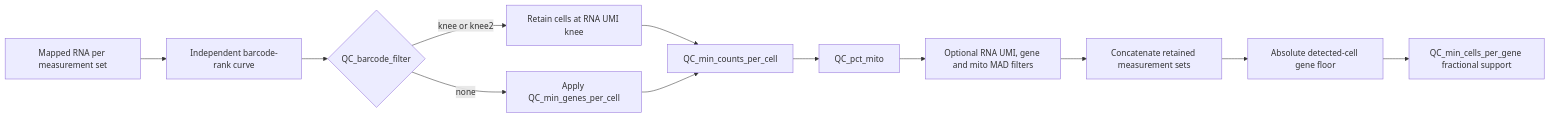
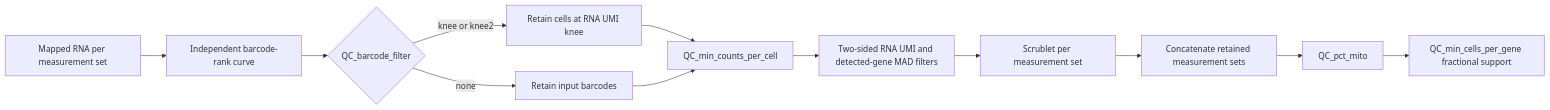
One commit to pinellolab/CRISPR_Pipeline changed the second of 3 diagrams in docs/live_wandb_execution_dashboard.md. Above: the diagram before and after it, drawn with Mermaid. The commit also changed other lines of this file and 30 other files, not shown here.

Commit message:
Move RNA QC to measurement sets and post-concat stages

````diff
--- a/docs/live_wandb_execution_dashboard.md
+++ b/docs/live_wandb_execution_dashboard.md
@@ -63,14 +63,14 @@
 ```mermaid
 flowchart LR
     A[Mapped RNA per measurement set] --> B[Independent barcode-rank curve]
     B --> C{QC_barcode_filter}
     C -->|knee or knee2| D[Retain cells at RNA UMI knee]
-    C -->|none| E[Apply QC_min_genes_per_cell]
+    C -->|none| D2[Retain input barcodes]
     D --> F[QC_min_counts_per_cell]
-    E --> F
-    F --> G[QC_pct_mito]
-    G --> H[Optional RNA UMI, gene and mito MAD filters]
+    D2 --> F
+    F --> G[Two-sided RNA UMI and detected-gene MAD filters]
+    G --> H[Scrublet per measurement set]
     H --> I[Concatenate retained measurement sets]
-    I --> J[Absolute detected-cell gene floor]
+    I --> J[QC_pct_mito]
     J --> K[QC_min_cells_per_gene fractional support]
 ```
````
